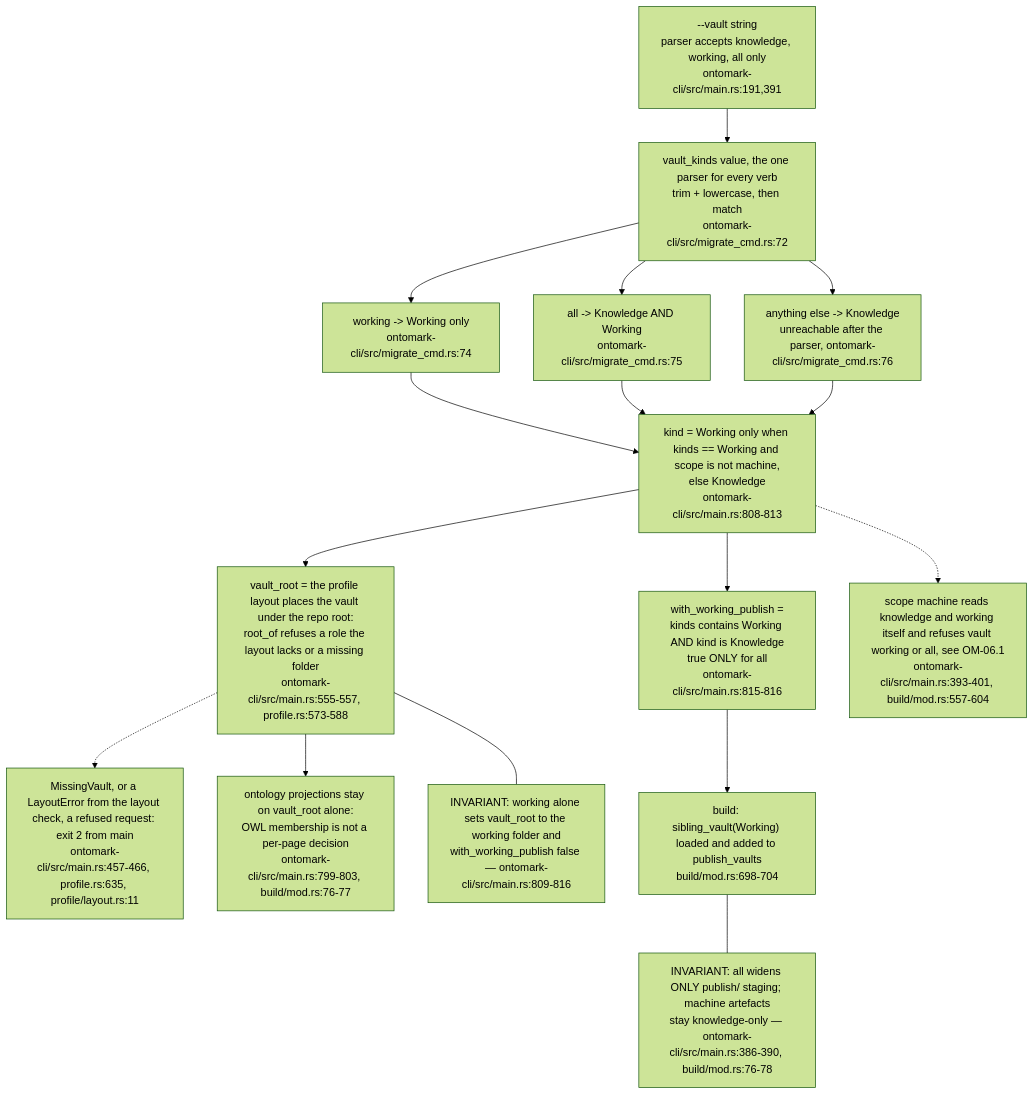
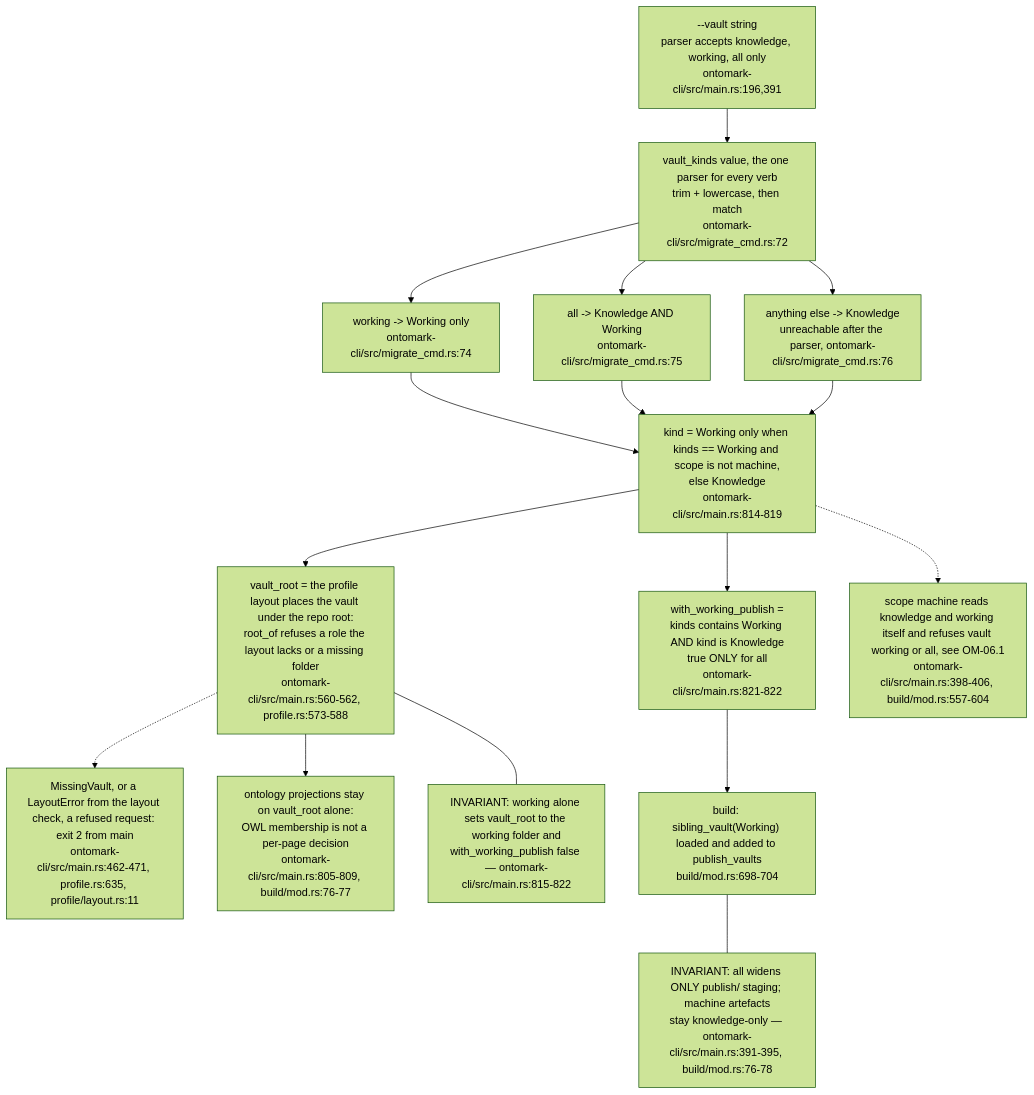
Before and after one commit to DreamLab-AI/VisionFlow: the second of 6 diagrams in docs/diagrams/ontomark/05-cli-commands-vault-selector-and-exit-codes.md, drawn with Mermaid (forest theme). The commit also changed other lines of this file and 59 other files, not shown here.

First line of the commit message:
docs(diagrams): re-derive and re-stamp forum, website, pod, ontomark and sealmap topics

````diff
--- a/docs/diagrams/ontomark/05-cli-commands-vault-selector-and-exit-codes.md
+++ b/docs/diagrams/ontomark/05-cli-commands-vault-selector-and-exit-codes.md
@@ -69,32 +69,32 @@
 ```mermaid
 flowchart TD
-    FLAG["--vault string<br/>parser accepts knowledge, working, all only<br/>ontomark-cli/src/main.rs:191,391"]
+    FLAG["--vault string<br/>parser accepts knowledge, working, all only<br/>ontomark-cli/src/main.rs:196,391"]
     VK["vault_kinds value, the one parser for every verb<br/>trim + lowercase, then match<br/>ontomark-cli/src/migrate_cmd.rs:72"]
     W["working -> Working only<br/>ontomark-cli/src/migrate_cmd.rs:74"]
     A["all -> Knowledge AND Working<br/>ontomark-cli/src/migrate_cmd.rs:75"]
     K["anything else -> Knowledge<br/>unreachable after the parser, ontomark-cli/src/migrate_cmd.rs:76"]
-    KIND["kind = Working only when kinds == Working and scope is not machine,<br/>else Knowledge<br/>ontomark-cli/src/main.rs:808-813"]
-    ROOT["vault_root = the profile layout places the vault under the repo root:<br/>root_of refuses a role the layout lacks or a missing folder<br/>ontomark-cli/src/main.rs:555-557, profile.rs:573-588"]
-    MISS["MissingVault, or a LayoutError from the layout check, a refused request: exit 2 from main<br/>ontomark-cli/src/main.rs:457-466, profile.rs:635, profile/layout.rs:11"]
-    WWP["with_working_publish =<br/>kinds contains Working AND kind is Knowledge<br/>true ONLY for all<br/>ontomark-cli/src/main.rs:815-816"]
+    KIND["kind = Working only when kinds == Working and scope is not machine,<br/>else Knowledge<br/>ontomark-cli/src/main.rs:814-819"]
+    ROOT["vault_root = the profile layout places the vault under the repo root:<br/>root_of refuses a role the layout lacks or a missing folder<br/>ontomark-cli/src/main.rs:560-562, profile.rs:573-588"]
+    MISS["MissingVault, or a LayoutError from the layout check, a refused request: exit 2 from main<br/>ontomark-cli/src/main.rs:462-471, profile.rs:635, profile/layout.rs:11"]
+    WWP["with_working_publish =<br/>kinds contains Working AND kind is Knowledge<br/>true ONLY for all<br/>ontomark-cli/src/main.rs:821-822"]
     PUB["build: sibling_vault(Working) loaded and added to publish_vaults<br/>build/mod.rs:698-704"]
-    MS["scope machine reads knowledge and working itself and refuses vault working or all, see OM-06.1<br/>ontomark-cli/src/main.rs:393-401, build/mod.rs:557-604"]
-    ART["ontology projections stay on vault_root alone:<br/>OWL membership is not a per-page decision<br/>ontomark-cli/src/main.rs:799-803, build/mod.rs:76-77"]
+    MS["scope machine reads knowledge and working itself and refuses vault working or all, see OM-06.1<br/>ontomark-cli/src/main.rs:398-406, build/mod.rs:557-604"]
+    ART["ontology projections stay on vault_root alone:<br/>OWL membership is not a per-page decision<br/>ontomark-cli/src/main.rs:805-809, build/mod.rs:76-77"]
     FLAG --> VK
     VK --> W
     VK --> A
     VK --> K
     W --> KIND
     A --> KIND
     K --> KIND
     KIND --> ROOT
     ROOT -.-> MISS
     KIND --> WWP
     WWP --> PUB
     ROOT --> ART
-    n1["INVARIANT: all widens ONLY publish/ staging; machine artefacts<br/>stay knowledge-only — ontomark-cli/src/main.rs:386-390, build/mod.rs:76-78"]
-    n2["INVARIANT: working alone sets vault_root to the working folder and<br/>with_working_publish false — ontomark-cli/src/main.rs:809-816"]
+    n1["INVARIANT: all widens ONLY publish/ staging; machine artefacts<br/>stay knowledge-only — ontomark-cli/src/main.rs:391-395, build/mod.rs:76-78"]
+    n2["INVARIANT: working alone sets vault_root to the working folder and<br/>with_working_publish false — ontomark-cli/src/main.rs:815-822"]
     PUB --- n1
     ROOT --- n2
     KIND -.-> MS
 ```
````
